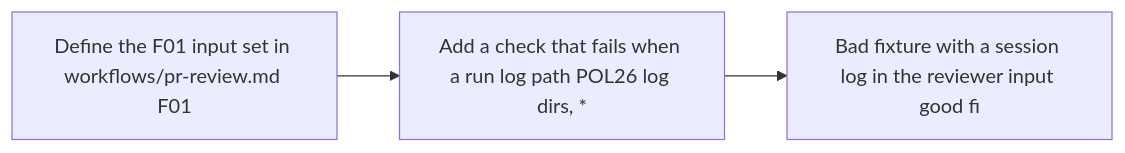
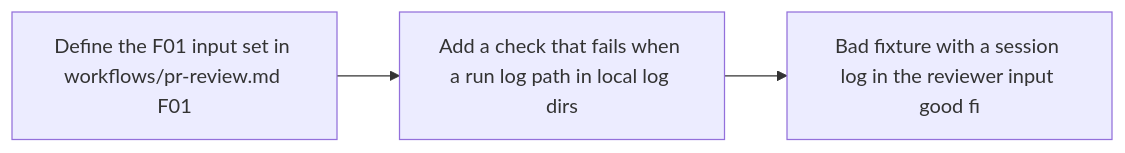
Before and after one commit to svennijhuis/agentic-workflows: the second of 2 diagrams in docs/pbi/agent-factory/BH09-fresh-context-review-guard.md, drawn with Mermaid. The commit also changed other lines of this file and 986 other files, not shown here.

````diff
--- a/docs/pbi/agent-factory/BH09-fresh-context-review-guard.md
+++ b/docs/pbi/agent-factory/BH09-fresh-context-review-guard.md
@@ -53,8 +53,8 @@
 ```mermaid
 flowchart LR
   S1[Define the F01 input set in workflows/pr-review.md F01]
-  S2[Add a check that fails when a run log path POL26 log dirs, *]
+  S2[Add a check that fails when a run log path in local log dirs]
   S1 --> S2
   S3[Bad fixture with a session log in the reviewer input good fi]
   S2 --> S3
 ```
````
